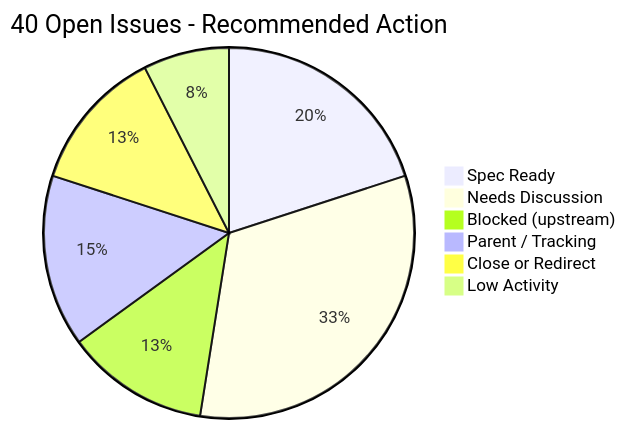
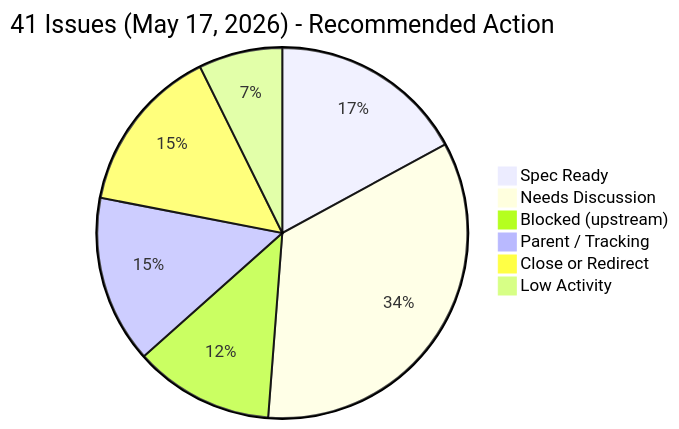
Before and after one commit to meshtastic/design: the first of 4 diagrams in standards/audits/community-alignment-matrix.md, drawn with Mermaid. The commit also changed other lines of this file, not shown here.

Commit message:
update: add #99, close #87, close #37/#51, update pie charts to 41 issues

````diff
--- a/standards/audits/community-alignment-matrix.md
+++ b/standards/audits/community-alignment-matrix.md
@@ -28,9 +28,9 @@
 ```mermaid
-pie title 40 Open Issues - Recommended Action
-    "Spec Ready" : 8
-    "Needs Discussion" : 13
+pie title 41 Issues (May 17, 2026) - Recommended Action
+    "Spec Ready" : 7
+    "Needs Discussion" : 14
     "Blocked (upstream)" : 5
     "Parent / Tracking" : 6
-    "Close or Redirect" : 5
+    "Close or Redirect" : 6
     "Low Activity" : 3
 ```
````
